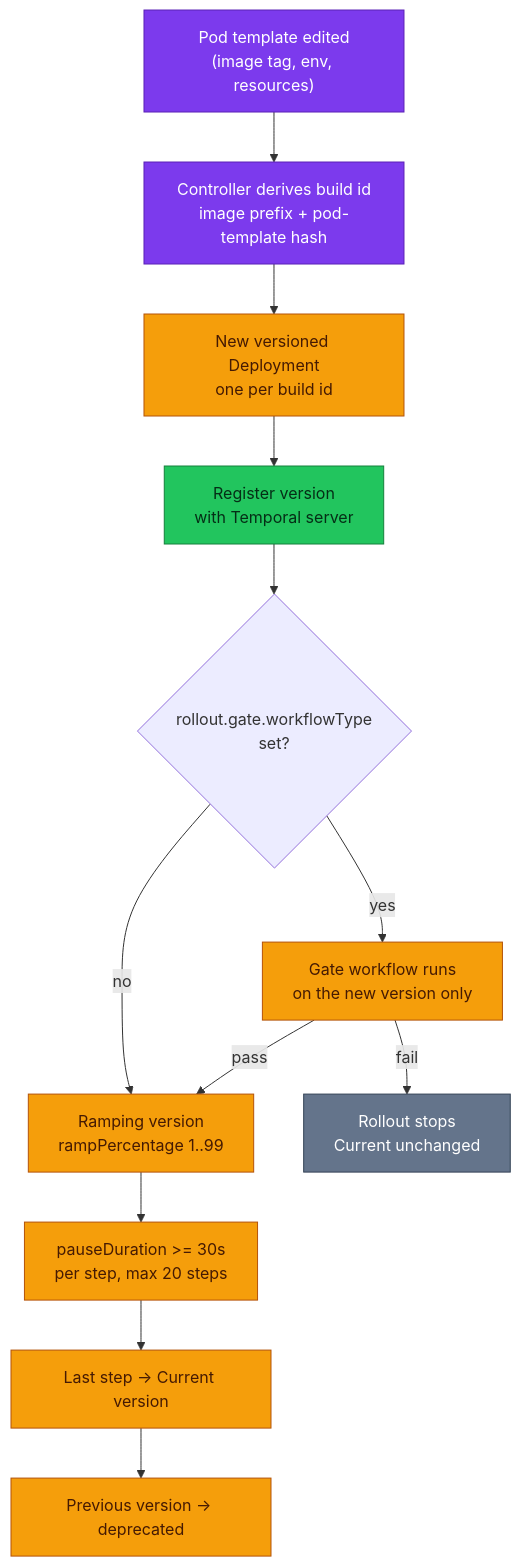
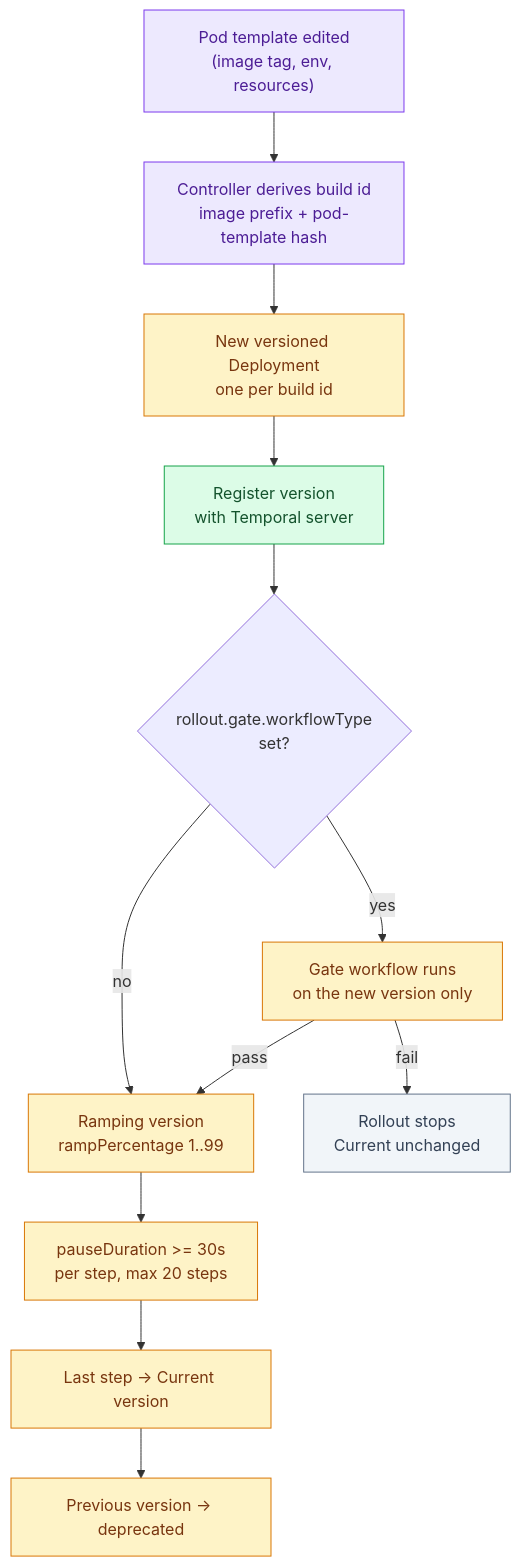
Before and after one commit to duynhlab/homelab: the first of 3 diagrams in docs/proposals/rfc/RFC-0026/research.md, drawn with Mermaid. The commit also changed other lines of this file and 174 other files, not shown here.

First line of the commit message:
Soft-tint diagram palette, a signal-flow diagram, a Linux-ready Draw.io skill

````diff
--- a/docs/proposals/rfc/RFC-0026/research.md
+++ b/docs/proposals/rfc/RFC-0026/research.md
@@ -165,23 +165,23 @@
 ```mermaid
 flowchart TD
   edit["Pod template edited<br/>(image tag, env, resources)"] --> bid["Controller derives build id<br/>image prefix + pod-template hash"]
   bid --> dep["New versioned Deployment<br/>one per build id"]
   dep --> reg["Register version<br/>with Temporal server"]
   reg --> gate{"rollout.gate.workflowType<br/>set?"}
   gate -->|yes| gw["Gate workflow runs<br/>on the new version only"]
   gate -->|no| ramp
   gw -->|pass| ramp["Ramping version<br/>rampPercentage 1..99"]
   gw -->|fail| hold["Rollout stops<br/>Current unchanged"]
   ramp --> pause["pauseDuration >= 30s<br/>per step, max 20 steps"]
   pause --> promote["Last step -> Current version"]
   promote --> old["Previous version -> deprecated"]
 
-  classDef platform fill:#7c3aed,color:#fff,stroke:#5b21b6;
-  classDef worker fill:#f59e0b,color:#451a03,stroke:#b45309;
-  classDef data fill:#22c55e,color:#052e16,stroke:#15803d;
-  classDef external fill:#64748b,color:#fff,stroke:#334155;
+  classDef platform fill:#ede9fe,color:#4c1d95,stroke:#7c3aed;
+  classDef worker fill:#fef3c7,color:#78350f,stroke:#d97706;
+  classDef data fill:#dcfce7,color:#14532d,stroke:#16a34a;
+  classDef external fill:#f1f5f9,color:#334155,stroke:#64748b;
   class edit,bid platform
   class dep,gw,ramp,pause,promote,old worker
   class reg data
   class hold external
 ```
````
